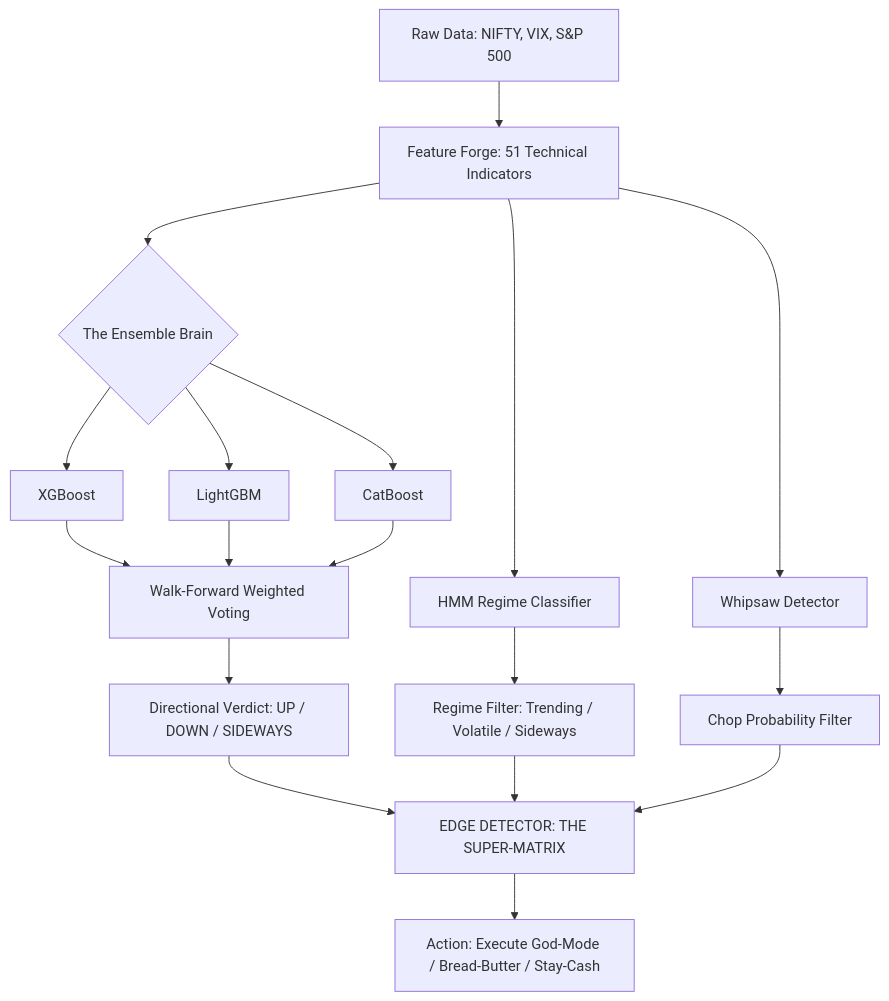
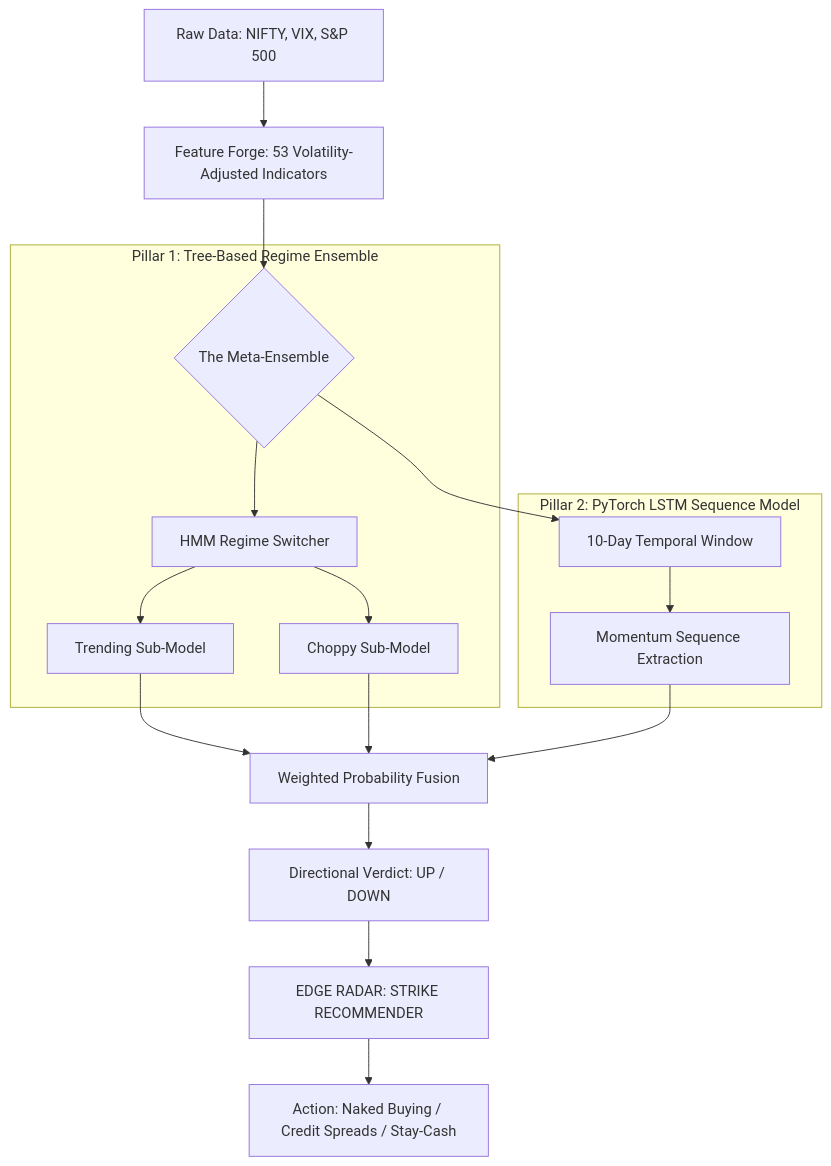
Before and after one commit to pravindev666/David-V666: the diagram in README.md, drawn with Mermaid. The commit also changed other lines of this file, not shown here.

Commit message:
Update README with V6.6.6 Architecture and Data Flow

````diff
--- a/README.md
+++ b/README.md
@@ -25,19 +24,22 @@
 ```mermaid
 graph TD
-    A[Raw Data: NIFTY, VIX, S&P 500] --> B[Feature Forge: 51 Technical Indicators]
-    B --> C{The Ensemble Brain}
-    C --> C1[XGBoost]
-    C --> C2[LightGBM]
-    C --> C3[CatBoost]
-    C1 & C2 & C3 --> D[Walk-Forward Weighted Voting]
-    D --> E[Directional Verdict: UP / DOWN / SIDEWAYS]
+    A[Raw Data: NIFTY, VIX, S&P 500] --> B[Feature Forge: 53 Volatility-Adjusted Indicators]
+    B --> C{The Meta-Ensemble}
     
-    B --> F[HMM Regime Classifier]
-    F --> G[Regime Filter: Trending / Volatile / Sideways]
+    subgraph Pillar_1 [Pillar 1: Tree-Based Regime Ensemble]
+        C --> D1[HMM Regime Switcher]
+        D1 --> D2[Trending Sub-Model]
+        D1 --> D3[Choppy Sub-Model]
+    end
     
-    B --> H[Whipsaw Detector]
-    H --> I[Chop Probability Filter]
+    subgraph Pillar_2 [Pillar 2: PyTorch LSTM Sequence Model]
+        C --> E1[10-Day Temporal Window]
+        E1 --> E2[Momentum Sequence Extraction]
+    end
     
-    E & G & I --> J[EDGE DETECTOR: THE SUPER-MATRIX]
-    J --> K[Action: Execute God-Mode / Bread-Butter / Stay-Cash]
+    D2 & D3 & E2 --> F[Weighted Probability Fusion]
+    F --> G[Directional Verdict: UP / DOWN]
+    
+    G --> H[EDGE RADAR: STRIKE RECOMMENDER]
+    H --> I[Action: Naked Buying / Credit Spreads / Stay-Cash]
 ```
````
